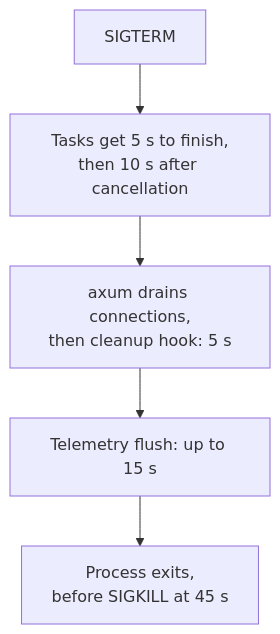
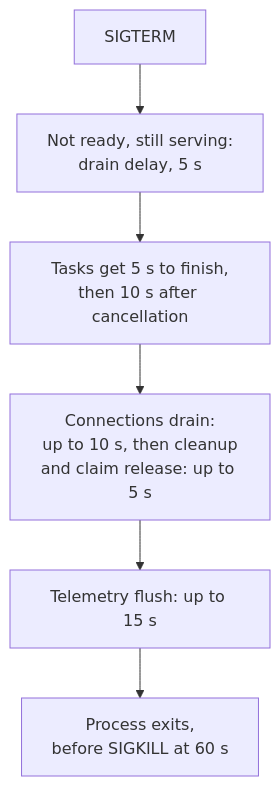
Before and after one commit to tomtom215/a2a-rust: the diagram in book/diagrams/ex-deploy-shutdown.mmd, drawn with Mermaid. The commit also changed 148 other files, not shown here.

```diff
--- a/book/diagrams/ex-deploy-shutdown.mmd
+++ b/book/diagrams/ex-deploy-shutdown.mmd
@@ -1,9 +1,10 @@
 %% SPDX-License-Identifier: Apache-2.0
 %% Copyright 2026 Tom F. <tomf@tomtomtech.net> (https://github.com/tomtom215)
 flowchart TB
     sig["SIGTERM"]
+    d["Not ready, still serving:<br/>drain delay, 5 s"]
     a["Tasks get 5 s to finish,<br/>then 10 s after cancellation"]
-    c["axum drains connections,<br/>then cleanup hook: 5 s"]
+    c["Connections drain:<br/>up to 10 s, then cleanup<br/>and claim release: up to 5 s"]
     e["Telemetry flush: up to 15 s"]
-    x["Process exits,<br/>before SIGKILL at 45 s"]
-    sig --> a --> c --> e --> x
+    x["Process exits,<br/>before SIGKILL at 60 s"]
+    sig --> d --> a --> c --> e --> x
```
